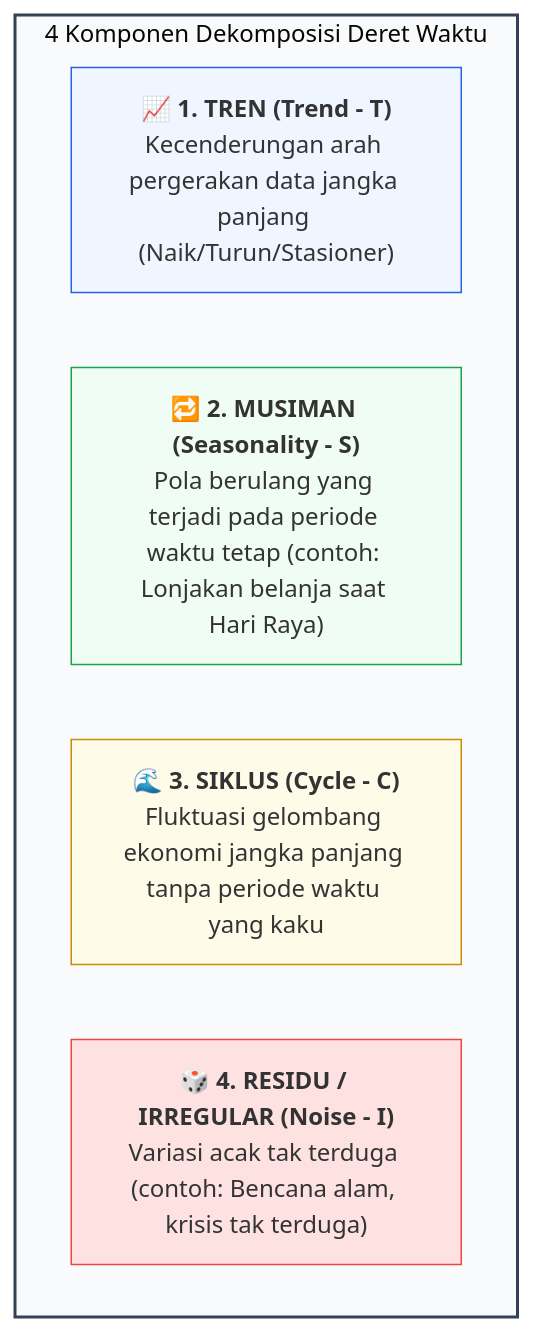
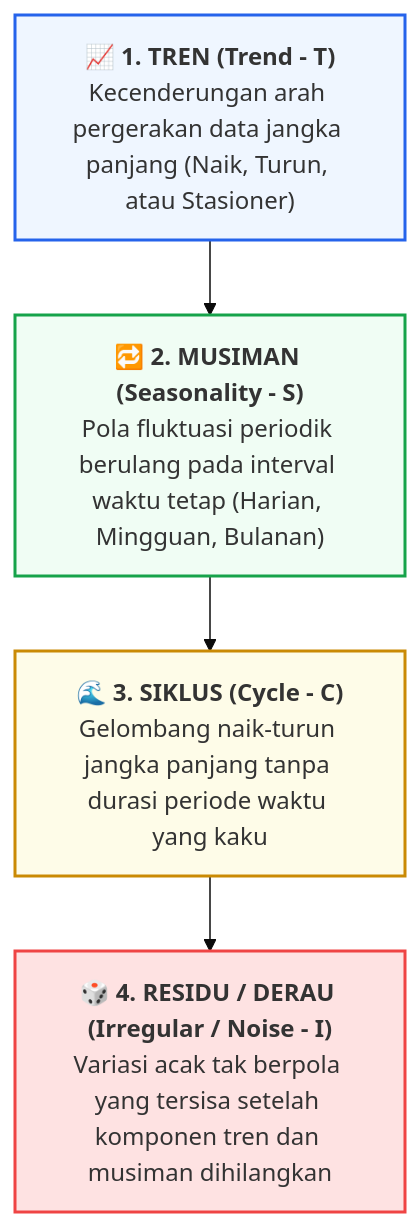
The first of 2 diagrams in docs/visualisasi-data/11-visualisasi-time-series.md (mahendaruui/Perkuliahan), drawn with Mermaid (base theme) before and after one commit. The commit also changed other lines of this file and 15 other files, not shown here.

Commit message:
refactor: update and standardize mermaid diagrams across all documentation modules

````diff
--- a/docs/visualisasi-data/11-visualisasi-time-series.md
+++ b/docs/visualisasi-data/11-visualisasi-time-series.md
@@ -17,15 +17,12 @@
 ```mermaid
 flowchart TD
-    subgraph KomponenTS["4 Komponen Dekomposisi Deret Waktu"]
-        T["📈 <b>1. TREN (Trend - T)</b><br>Kecenderungan arah pergerakan data jangka panjang (Naik/Turun/Stasioner)"]
-        S["🔁 <b>2. MUSIMAN (Seasonality - S)</b><br>Pola berulang yang terjadi pada periode waktu tetap (contoh: Lonjakan belanja saat Hari Raya)"]
-        C["🌊 <b>3. SIKLUS (Cycle - C)</b><br>Fluktuasi gelombang ekonomi jangka panjang tanpa periode waktu yang kaku"]
-        I["🎲 <b>4. RESIDU / IRREGULAR (Noise - I)</b><br>Variasi acak tak terduga (contoh: Bencana alam, krisis tak terduga)"]
-    end
+    T["📈 <b>1. TREN (Trend - T)</b><br>Kecenderungan arah pergerakan data jangka panjang (Naik, Turun, atau Stasioner)"]
+    --> S["🔁 <b>2. MUSIMAN (Seasonality - S)</b><br>Pola fluktuasi periodik berulang pada interval waktu tetap (Harian, Mingguan, Bulanan)"]
+    --> C["🌊 <b>3. SIKLUS (Cycle - C)</b><br>Gelombang naik-turun jangka panjang tanpa durasi periode waktu yang kaku"]
+    --> I["🎲 <b>4. RESIDU / DERAU (Irregular / Noise - I)</b><br>Variasi acak tak berpola yang tersisa setelah komponen tren dan musiman dihilangkan"]
 
-    style KomponenTS fill:#f8fafc,stroke:#334155,stroke-width:2px
-    style T fill:#eff6ff,stroke:#2563eb,stroke-width:1px
-    style S fill:#f0fdf4,stroke:#16a34a,stroke-width:1px
-    style C fill:#fefce8,stroke:#ca8a04,stroke-width:1px
-    style I fill:#fee2e2,stroke:#ef4444,stroke-width:1px
+    style T fill:#eff6ff,stroke:#2563eb,stroke-width:2px
+    style S fill:#f0fdf4,stroke:#16a34a,stroke-width:2px
+    style C fill:#fefce8,stroke:#ca8a04,stroke-width:2px
+    style I fill:#fee2e2,stroke:#ef4444,stroke-width:2px
 ```
````
